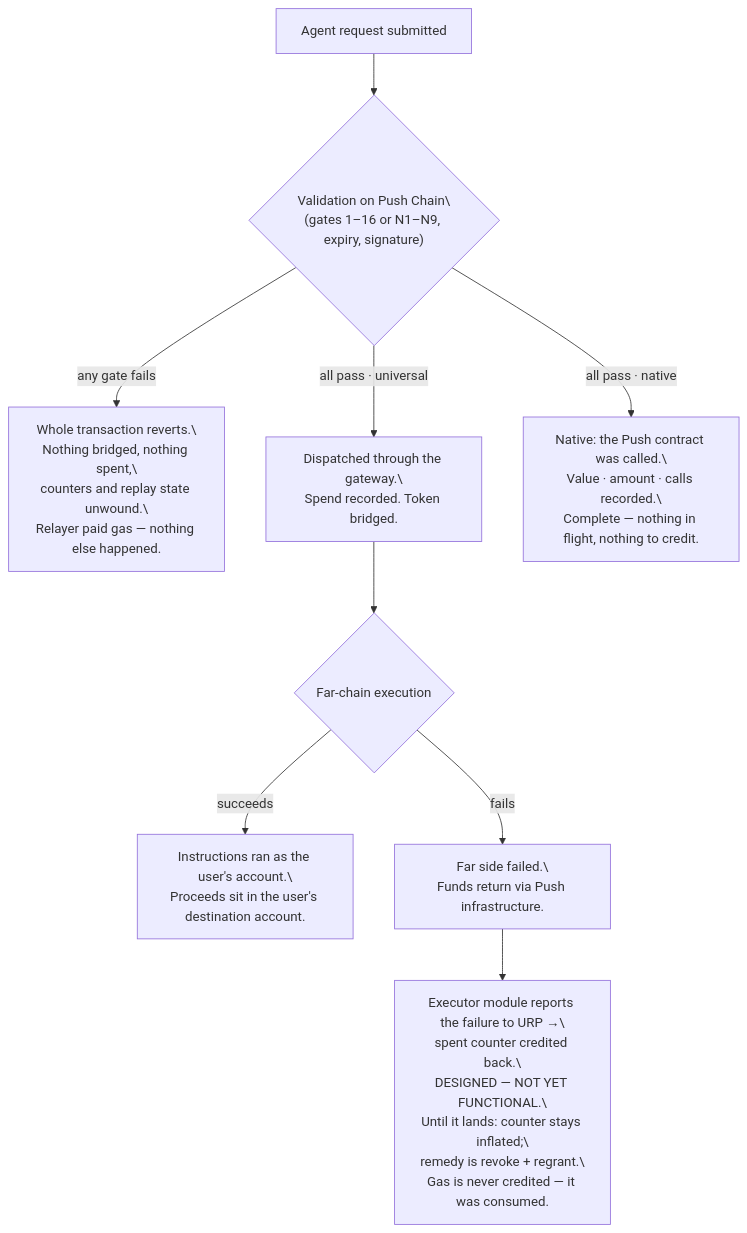
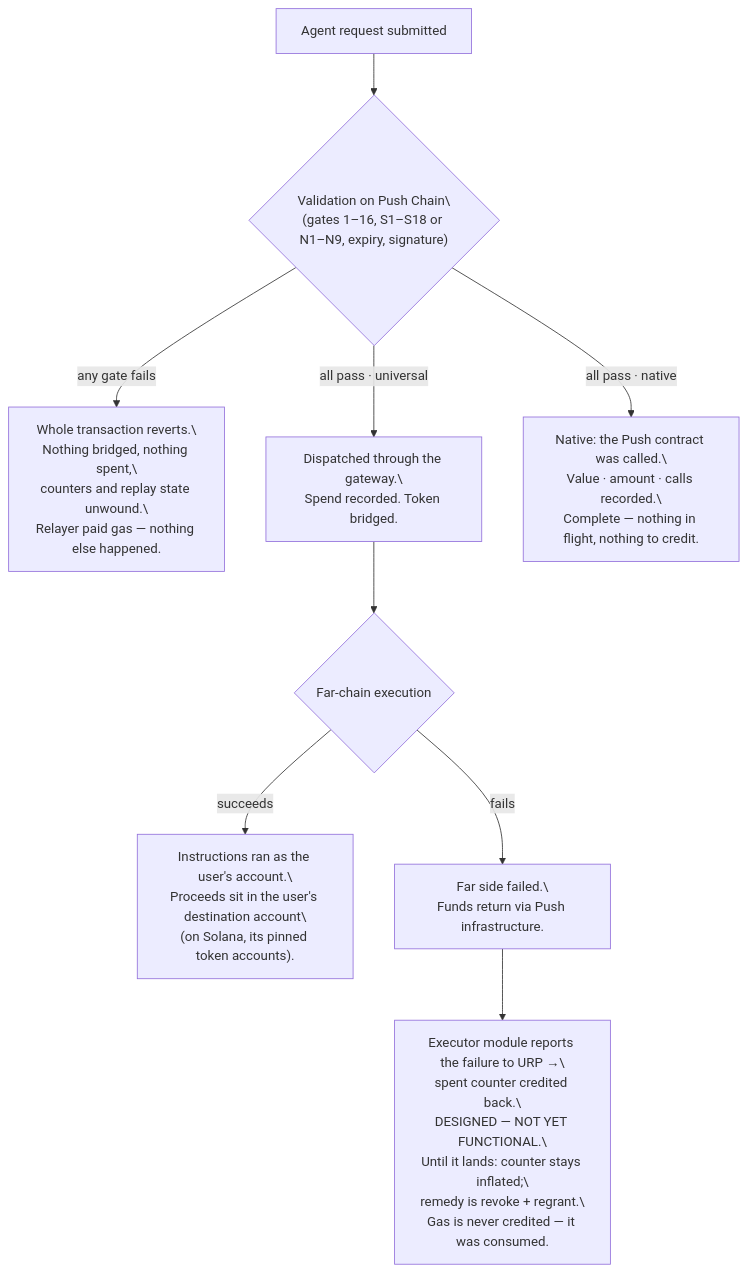
The eighth of 8 diagrams in docs/v3-architecture.md (HusseinAdeiza/push-agentic-wallets), drawn with Mermaid before and after one commit. The commit also changed other lines of this file and 2 other files, not shown here.

````diff
--- a/docs/v3-architecture.md
+++ b/docs/v3-architecture.md
@@ -542,33 +643,34 @@
 ```mermaid
 flowchart TB
   REQ["Agent request submitted"]
   V{"Validation on Push Chain\
-(gates 1–16 or N1–N9, expiry, signature)"}
+(gates 1–16, S1–S18 or N1–N9, expiry, signature)"}
   REV["Whole transaction reverts.\
 Nothing bridged, nothing spent,\
 counters and replay state unwound.\
 Relayer paid gas — nothing else happened."]
   OK["Dispatched through the gateway.\
 Spend recorded. Token bridged."]
   NOK["Native: the Push contract was called.\
 Value · amount · calls recorded.\
 Complete — nothing in flight, nothing to credit."]
   F{"Far-chain execution"}
   DONE["Instructions ran as the user's account.\
-Proceeds sit in the user's destination account."]
+Proceeds sit in the user's destination account\
+(on Solana, its pinned token accounts)."]
   FAIL["Far side failed.\
 Funds return via Push infrastructure."]
   CREDIT["Executor module reports the failure to URP →\
 spent counter credited back.\
 DESIGNED — NOT YET FUNCTIONAL.\
 Until it lands: counter stays inflated;\
 remedy is revoke + regrant.\
 Gas is never credited — it was consumed."]
 
   REQ --> V
   V -- "any gate fails" --> REV
   V -- "all pass · native" --> NOK
   V -- "all pass · universal" --> OK --> F
   F -- "succeeds" --> DONE
   F -- "fails" --> FAIL --> CREDIT
 ```
````
